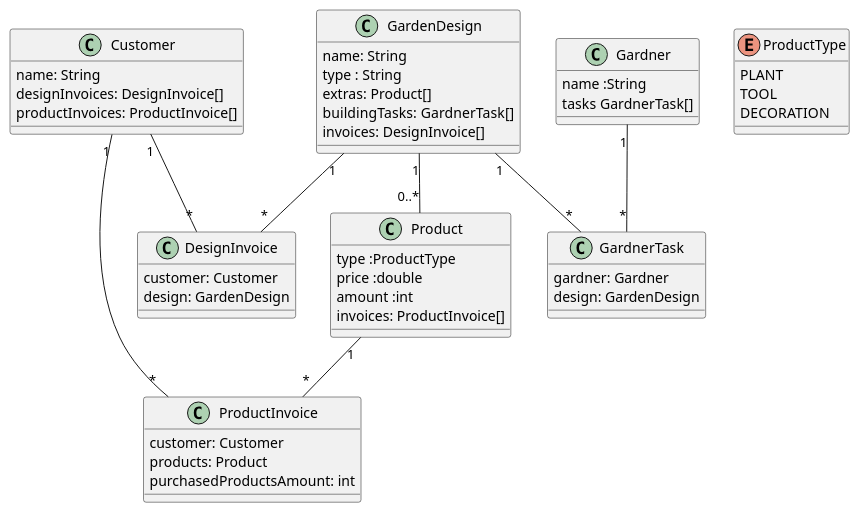
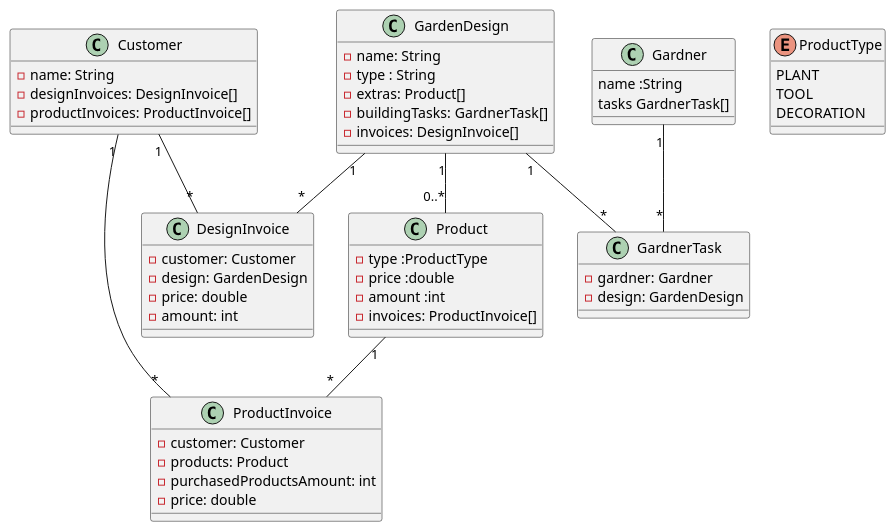
One commit to 2223-4bhitm-sew/01-microproject-Abdulrahman-AL-Sabagh changed the diagram in asciidocs/plantuml/cld.puml. Above: the diagram before and after it, drawn with PlantUML.

Commit message:
cld.puml updated

```diff
--- a/asciidocs/plantuml/cld.puml
+++ b/asciidocs/plantuml/cld.puml
@@ -1,61 +1,65 @@
 @startuml
 
 class Customer {
-    name: String
-    designInvoices: DesignInvoice[]
-    productInvoices: ProductInvoice[]
+    - name: String
+    - designInvoices: DesignInvoice[]
+    - productInvoices: ProductInvoice[]
 }
 class GardenDesign {
 
-   name: String
-   type : String
-   extras: Product[]
-   buildingTasks: GardnerTask[]
-   invoices: DesignInvoice[]
+  - name: String
+  - type : String
+  - extras: Product[]
+  - buildingTasks: GardnerTask[]
+  - invoices: DesignInvoice[]
 
 
 }
 class Gardner {
     name :String
     tasks GardnerTask[]
 
 }
 class Product {
 
- type :ProductType
- price :double
- amount :int
- invoices: ProductInvoice[]
+ - type :ProductType
+ - price :double
+ - amount :int
+ - invoices: ProductInvoice[]
 
 }
 
 
 enum ProductType {
     PLANT
     TOOL
     DECORATION
 }
 
 class GardnerTask {
-    gardner: Gardner
-    design: GardenDesign
+    - gardner: Gardner
+    - design: GardenDesign
 }
 class ProductInvoice  {
-    customer: Customer
-    products: Product
-    purchasedProductsAmount: int
+    - customer: Customer
+    - products: Product
+    - purchasedProductsAmount: int
+    - price: double
 }
 class DesignInvoice {
-    customer: Customer
-    design: GardenDesign
+    - customer: Customer
+    - design: GardenDesign
+    - price: double
+    - amount: int
+
 }
 
 Customer "1" -- "*"  DesignInvoice
 GardenDesign "1" -- "*" DesignInvoice
 Gardner "1" -- "*" GardnerTask
 GardenDesign "1" -- "*" GardnerTask
 Customer "1" -- "*" ProductInvoice
 Product "1" -- "*" ProductInvoice
 GardenDesign "1" -- "0..*" Product
 
 @enduml
```
